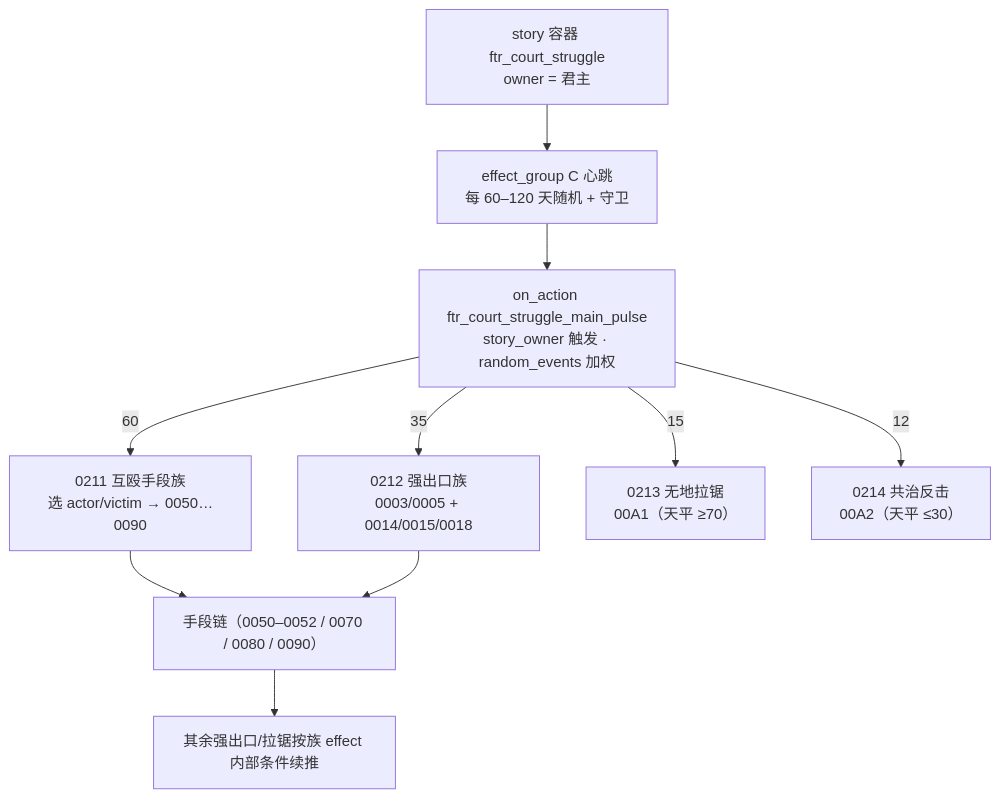
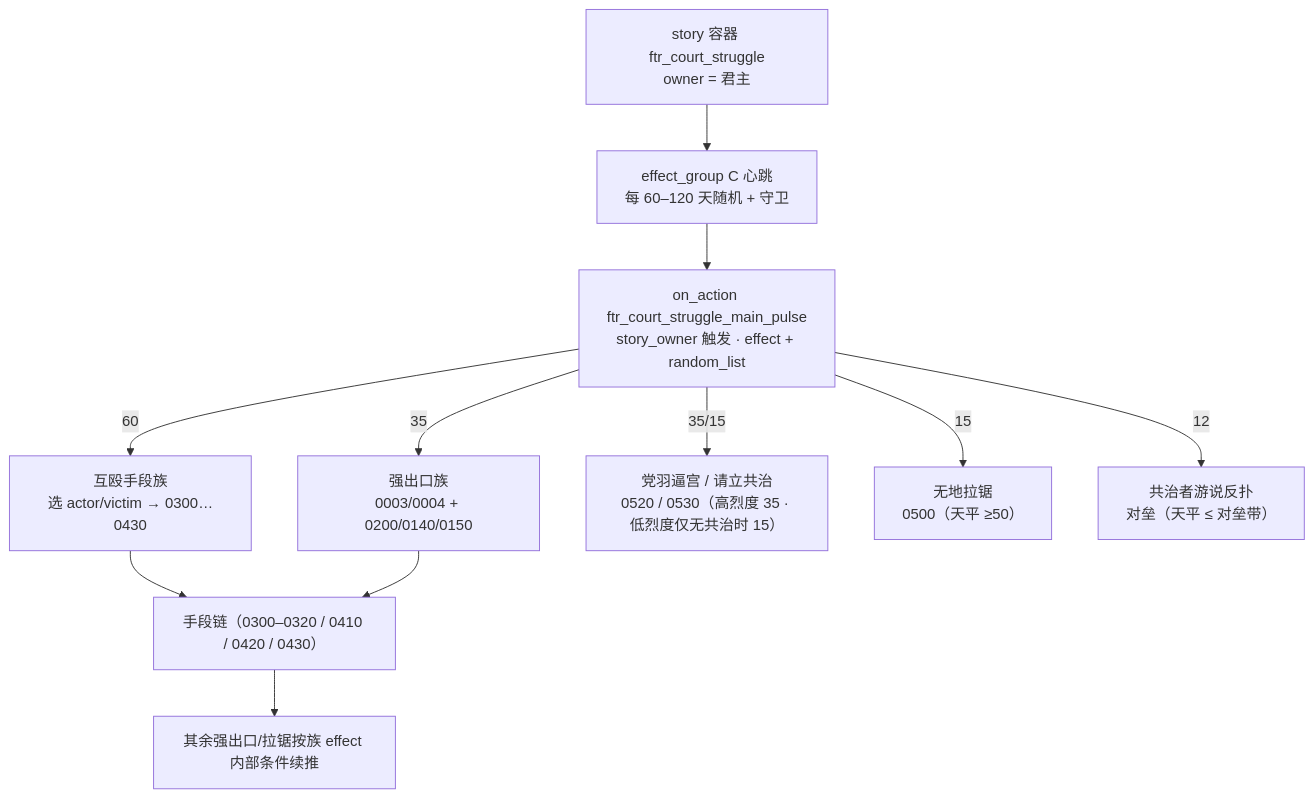
One commit to FeronCompany/ck3_for_the_realm changed the diagram in document/task_design/01-朝堂权力角逐-系统设计.md. Above: the diagram before and after it, drawn with Mermaid. The commit also changed other lines of this file and 58 other files, not shown here.

````diff
--- a/document/task_design/01-朝堂权力角逐-系统设计.md
+++ b/document/task_design/01-朝堂权力角逐-系统设计.md
@@ -201,12 +215,13 @@
 ```mermaid
 flowchart TD
     ST["story 容器 ftr_court_struggle<br/>owner = 君主"] --> EG["effect_group C 心跳<br/>每 60–120 天随机 + 守卫"]
-    EG --> OA["on_action ftr_court_struggle_main_pulse<br/>story_owner 触发 · random_events 加权"]
-    OA -- 60 --> F1["0211 互殴手段族<br/>选 actor/victim → 0050…0090"]
-    OA -- 35 --> F2["0212 强出口族<br/>0003/0005 + 0014/0015/0018"]
-    OA -- 15 --> F3["0213 无地拉锯<br/>00A1（天平 ≥70）"]
-    OA -- 12 --> F4["0214 共治反击<br/>00A2（天平 ≤30）"]
-    F1 --> D["手段链（0050–0052 / 0070 / 0080 / 0090）"]
+    EG -->     OA["on_action ftr_court_struggle_main_pulse<br/>story_owner 触发 · effect + random_list"]
+    OA -- 60 --> F1["互殴手段族<br/>选 actor/victim → 0300…0430"]
+    OA -- 35 --> F2["强出口族<br/>0003/0004 + 0200/0140/0150"]
+    OA -- 35/15 --> F5["党羽逼宫 / 请立共治<br/>0520 / 0530（高烈度 35 · 低烈度仅无共治时 15）"]
+    OA -- 15 --> F3["无地拉锯<br/>0500（天平 ≥50）"]
+    OA -- 12 --> F4["共治者游说反扑<br/>对垒（天平 ≤ 对垒带）"]
+    F1 --> D["手段链（0300–0320 / 0410 / 0420 / 0430）"]
     F2 --> D
     D --> R["其余强出口/拉锯按族 effect 内部条件续推"]
 ```
````
